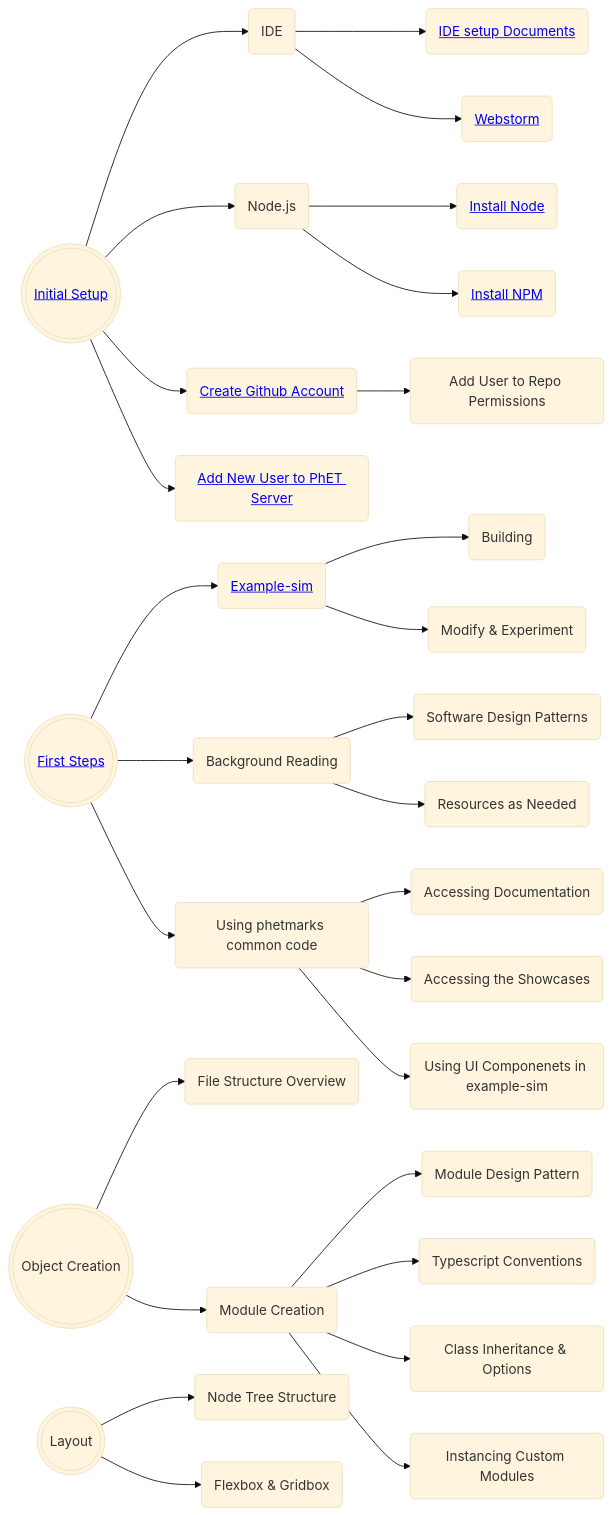
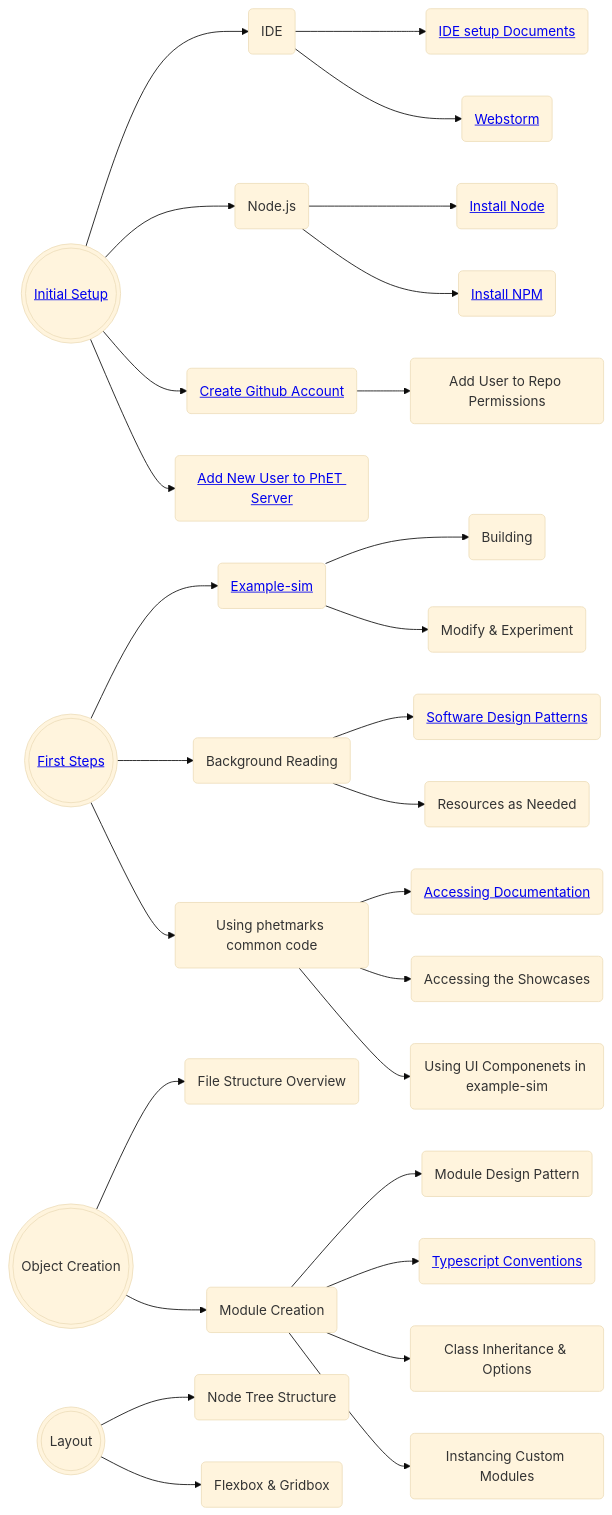
One commit to phetsims/phet-info changed the diagram in doc/new-dev-onboarding.md. Above: the diagram before and after it, drawn with Mermaid (base theme). The commit also changed other lines of this file, not shown here.

Commit message:
Add more links and TODOs, see: https://github.com/phetsims/phet-info/issues/192

````diff
--- a/doc/new-dev-onboarding.md
+++ b/doc/new-dev-onboarding.md
@@ -88,18 +91,18 @@
 ```mermaid
 flowchart LR
   A(((<a href='https://github.com/phetsims/phet-info/blob/master/doc/new-dev-onboarding.md#initial-setup'>Initial Setup</a>)))
-  B(((<a href='#next-steps'>First Steps</a>)))
+  B(((<a href='https://github.com/phetsims/phet-info/blob/master/doc/new-dev-onboarding.md#first-steps'>First Steps</a>)))
   C(((Object Creation)))
   D(((Layout)))
   A-->A1(IDE) & A2(Node.js) & A3(<a href='https://github.com/join'>Create Github Account</a>) & A4(<a href='https://github.com/phetsims/website#adding-new-users-to-phets-servers-so-a-user-can-upload-a-dev-version-or-participate-in-web-developmen'>Add New User to PhET Server</a>)
   A1-->A1.1(<a href='https://github.com/phetsims/phet-info/tree/master/ide'>IDE setup Documents</a>) & A1.2(<a href='https://www.jetbrains.com/webstorm/'>Webstorm</a>)
   A2-->A2.1(<a href='https://nodejs.org/en/download/'>Install Node</a>) & A2.2(<a href='https://docs.npmjs.com/cli/v8/commands/npm-install'>Install NPM</a>)
   A3-->A3.1(Add User to Repo Permissions)
   B-->B1(<a href='https://github.com/phetsims/example-sim'>Example-sim</a>) & B2(Background Reading) & B3(Using phetmarks common code)
   B1-->B1.1(Building) & B1.2(Modify & Experiment)
-  B2-->B2.1(Software Design Patterns) & B2.2(Resources as Needed)
-  B3-->B3.1(Accessing Documentation) & B3.2(Accessing the Showcases) & B3.3(Using UI Componenets in example-sim)
+  B2-->B2.1(<a href='https://github.com/phetsims/phet-info/blob/master/doc/phet-software-design-patterns.md'>Software Design Patterns</a>) & B2.2(Resources as Needed)
+  B3-->B3.1(<a href='http://localhost/scenery/doc/layout.html'>Accessing Documentation</a>) & B3.2(Accessing the Showcases) & B3.3(Using UI Componenets in example-sim)
   C-->C1(File Structure Overview) & C2(Module Creation)
-  C2-->C2.1(Module Design Pattern) & C2.2(Typescript Conventions) & C2.3(Class Inheritance & Options) & C2.4(Instancing Custom Modules)
+  C2-->C2.1(Module Design Pattern) & C2.2(<a href='https://github.com/phetsims/phet-info/blob/master/doc/typescript-conventions.md'>Typescript Conventions</a>) & C2.3(Class Inheritance & Options) & C2.4(Instancing Custom Modules)
   D-->D1(Node Tree Structure) & D2(Flexbox & Gridbox)
 ```
````
